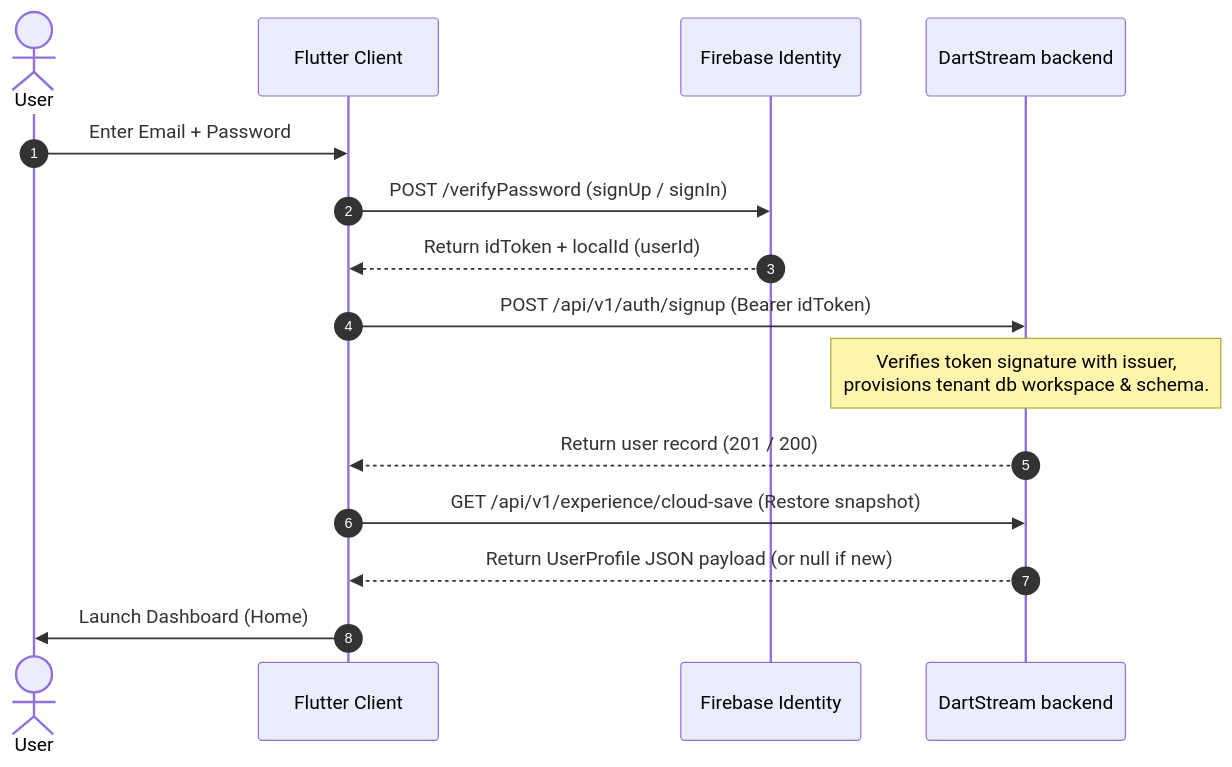
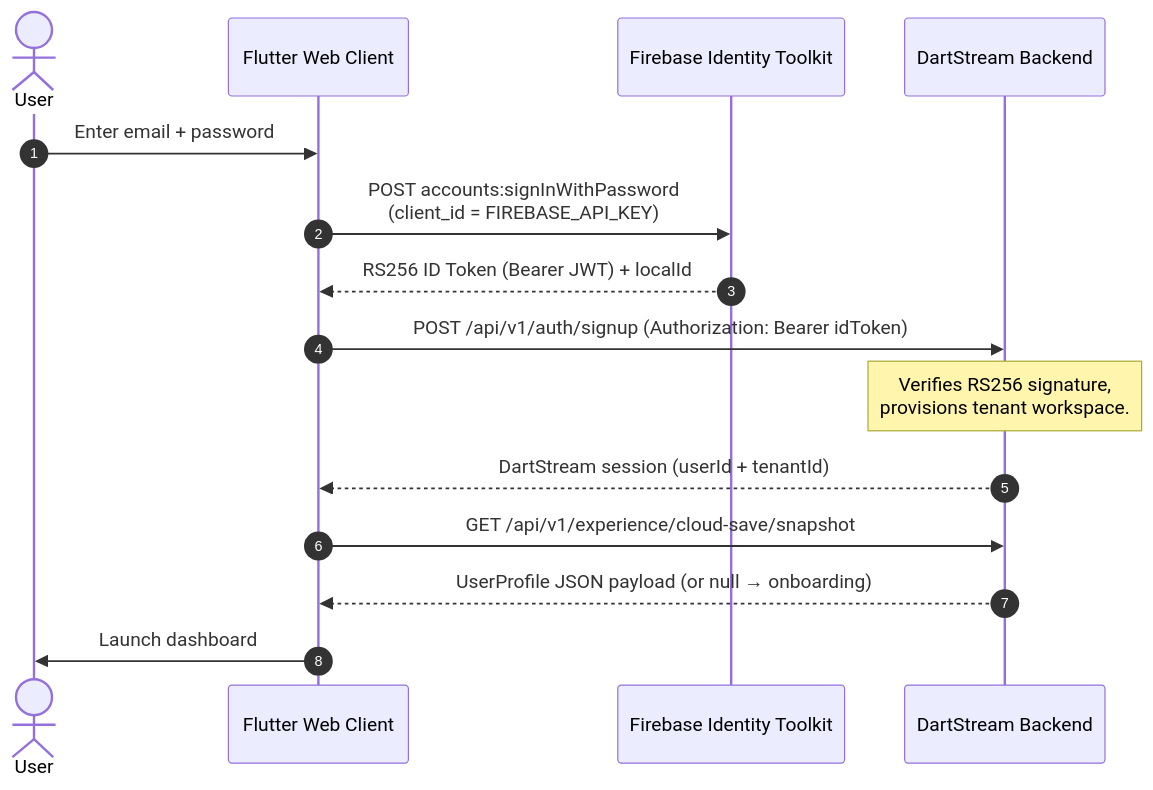
Before and after one commit to lalit-devda/zz-sleep-tracker: the second of 2 diagrams in README.md, drawn with Mermaid. The commit also changed other lines of this file and 3 other files, not shown here.

````diff
--- a/README.md
+++ b/README.md
@@ -25,18 +30,18 @@
 ```mermaid
 sequenceDiagram
     autonumber
     actor User
-    participant App as Flutter Client
-    participant FB as Firebase Identity
-    participant DS as DartStream backend
-    
-    User->>App: Enter Email + Password
-    App->>FB: POST /verifyPassword (signUp / signIn)
-    FB-->>App: Return idToken + localId (userId)
-    App->>DS: POST /api/v1/auth/signup (Bearer idToken)
-    Note over DS: Verifies token signature with issuer,<br/>provisions tenant db workspace & schema.
-    DS-->>App: Return user record (201 / 200)
-    App->>DS: GET /api/v1/experience/cloud-save (Restore snapshot)
-    DS-->>App: Return UserProfile JSON payload (or null if new)
-    App->>User: Launch Dashboard (Home)
+    participant App as Flutter Web Client
+    participant FB as Firebase Identity Toolkit
+    participant DS as DartStream Backend
+
+    User->>App: Enter email + password
+    App->>FB: POST accounts:signInWithPassword<br/>(client_id = FIREBASE_API_KEY)
+    FB-->>App: RS256 ID Token (Bearer JWT) + localId
+    App->>DS: POST /api/v1/auth/signup (Authorization: Bearer idToken)
+    Note over DS: Verifies RS256 signature,<br/>provisions tenant workspace.
+    DS-->>App: DartStream session (userId + tenantId)
+    App->>DS: GET /api/v1/experience/cloud-save/snapshot
+    DS-->>App: UserProfile JSON payload (or null → onboarding)
+    App->>User: Launch dashboard
 ```
````
